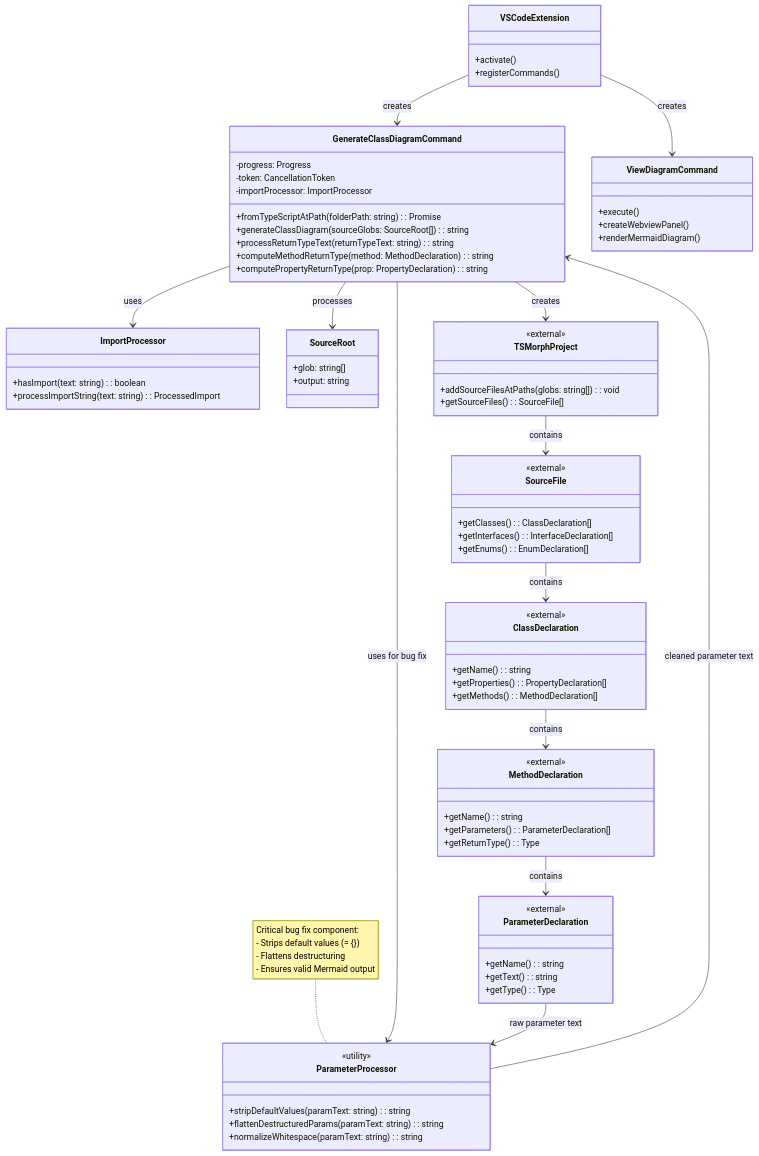
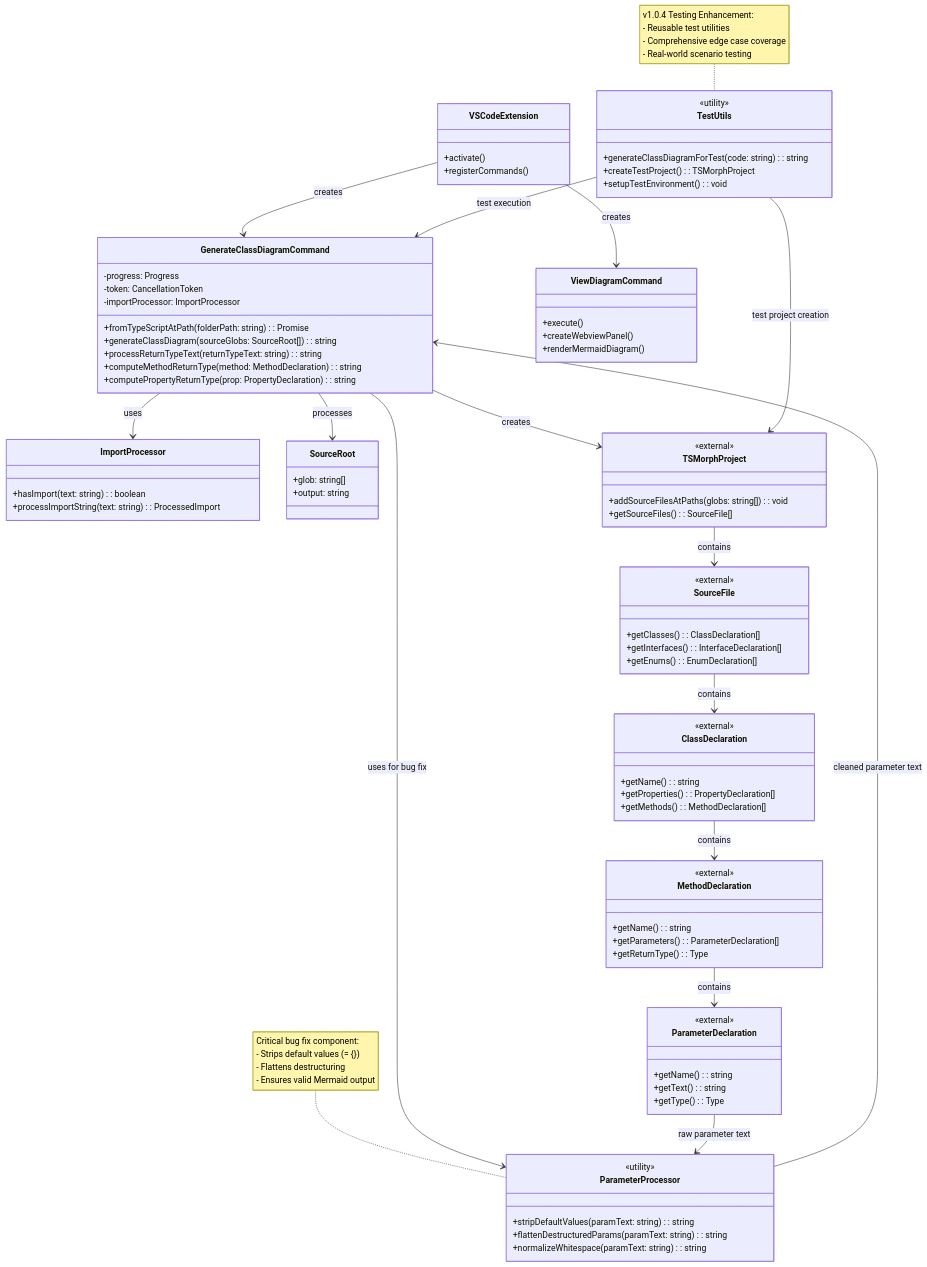
Before and after one commit to d8aware/vscode-mermaid-extension: the diagram in docs/domain-model.mmd, drawn with Mermaid. The commit also changed 3 other files, not shown here.

First line of the commit message:
Update CHANGELOG, architecture, and bug fix documentation for v1.0.4

```diff
--- a/docs/domain-model.mmd
+++ b/docs/domain-model.mmd
@@ -1,96 +1,112 @@
 classDiagram
     class VSCodeExtension {
         +activate()
         +registerCommands()
     }
 
     class GenerateClassDiagramCommand {
         -progress: Progress
         -token: CancellationToken
         -importProcessor: ImportProcessor
         +fromTypeScriptAtPath(folderPath: string): Promise<string>
         +generateClassDiagram(sourceGlobs: SourceRoot[]): string
         +processReturnTypeText(returnTypeText: string): string
         +computeMethodReturnType(method: MethodDeclaration): string
         +computePropertyReturnType(prop: PropertyDeclaration): string
     }
 
     class ViewDiagramCommand {
         +execute()
         +createWebviewPanel()
         +renderMermaidDiagram()
     }
 
     class ImportProcessor {
         +hasImport(text: string): boolean
         +processImportString(text: string): ProcessedImport
     }
 
     class SourceRoot {
         +glob: string[]
         +output: string
     }
 
     class ParameterProcessor {
         <<utility>>
         +stripDefaultValues(paramText: string): string
         +flattenDestructuredParams(paramText: string): string
         +normalizeWhitespace(paramText: string): string
+    }
+
+    class TestUtils {
+        <<utility>>
+        +generateClassDiagramForTest(code: string): string
+        +createTestProject(): TSMorphProject
+        +setupTestEnvironment(): void
     }
 
     class TSMorphProject {
         <<external>>
         +addSourceFilesAtPaths(globs: string[]): void
         +getSourceFiles(): SourceFile[]
     }
 
     class SourceFile {
         <<external>>
         +getClasses(): ClassDeclaration[]
         +getInterfaces(): InterfaceDeclaration[]
         +getEnums(): EnumDeclaration[]
     }
 
     class ClassDeclaration {
         <<external>>
         +getName(): string
         +getProperties(): PropertyDeclaration[]
         +getMethods(): MethodDeclaration[]
     }
 
     class MethodDeclaration {
         <<external>>
         +getName(): string
         +getParameters(): ParameterDeclaration[]
         +getReturnType(): Type
     }
 
     class ParameterDeclaration {
         <<external>>
         +getName(): string
         +getText(): string
         +getType(): Type
     }
 
     %% Relationships
     VSCodeExtension --> GenerateClassDiagramCommand : creates
     VSCodeExtension --> ViewDiagramCommand : creates
     GenerateClassDiagramCommand --> ImportProcessor : uses
     GenerateClassDiagramCommand --> SourceRoot : processes
     GenerateClassDiagramCommand --> TSMorphProject : creates
     GenerateClassDiagramCommand --> ParameterProcessor : uses for bug fix
     
     TSMorphProject --> SourceFile : contains
     SourceFile --> ClassDeclaration : contains
     ClassDeclaration --> MethodDeclaration : contains
     MethodDeclaration --> ParameterDeclaration : contains
     
     %% Bug Fix Flow
     ParameterDeclaration --> ParameterProcessor : raw parameter text
     ParameterProcessor --> GenerateClassDiagramCommand : cleaned parameter text
 
+    %% Testing Infrastructure (v1.0.4)
+    TestUtils --> GenerateClassDiagramCommand : test execution
+    TestUtils --> TSMorphProject : test project creation
+
     %% Notes about the bug fix
     note for ParameterProcessor "Critical bug fix component:
     - Strips default values (= {})
     - Flattens destructuring
-    - Ensures valid Mermaid output" 
+    - Ensures valid Mermaid output"
+    
+    note for TestUtils "v1.0.4 Testing Enhancement:
+    - Reusable test utilities
+    - Comprehensive edge case coverage
+    - Real-world scenario testing" 
```
